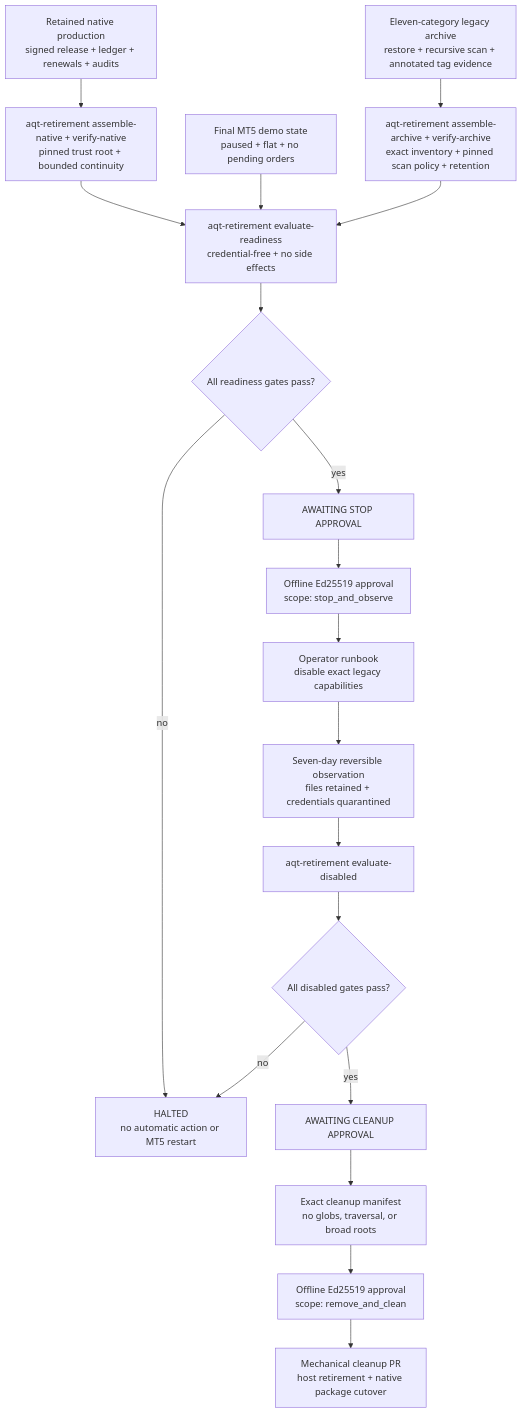
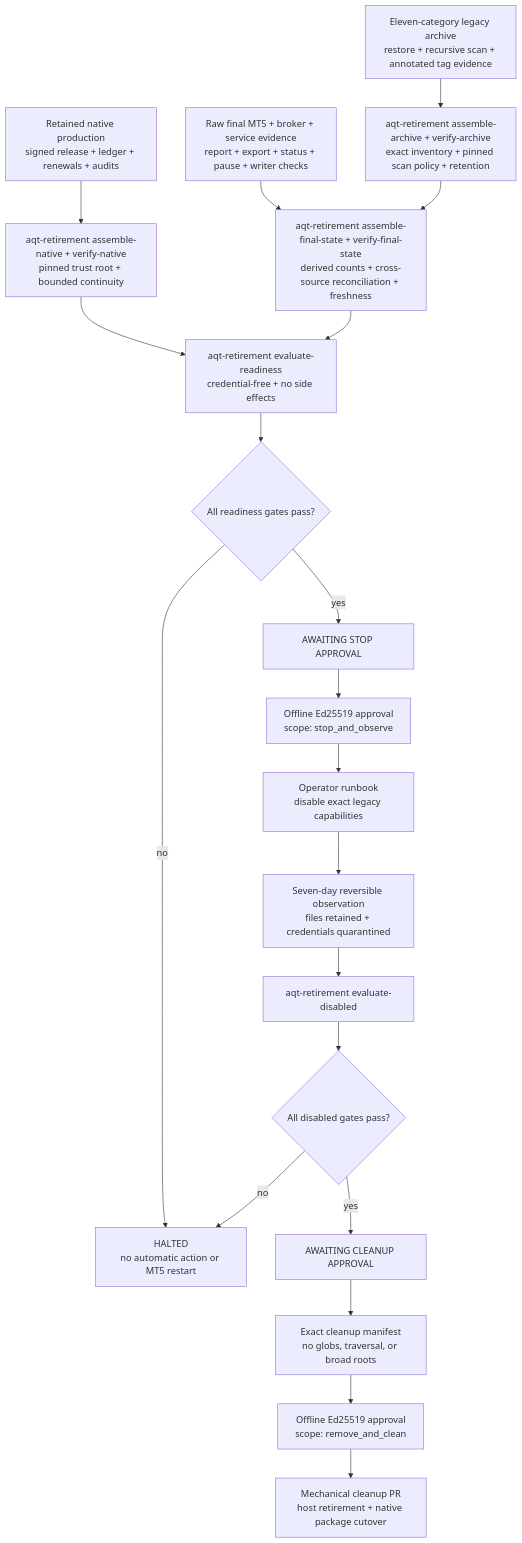
Before and after one commit to AegisFintech/AIQuantTrader: the diagram in docs/architecture/diagrams/phase-10-legacy-retirement.mmd, drawn with Mermaid. The commit also changed 26 other files, not shown here.

Commit message:
feat(native): assemble phase 10 final MT5 state

```diff
--- a/docs/architecture/diagrams/phase-10-legacy-retirement.mmd
+++ b/docs/architecture/diagrams/phase-10-legacy-retirement.mmd
@@ -1,38 +1,40 @@
 flowchart TD
     nativeRaw["Retained native production<br/>signed release + ledger + renewals + audits"]
     native["aqt-retirement assemble-native + verify-native<br/>pinned trust root + bounded continuity"]
-    legacy["Final MT5 demo state<br/>paused + flat + no pending orders"]
+    legacyRaw["Raw final MT5 + broker + service evidence<br/>report + export + status + pause + writer checks"]
     archiveRaw["Eleven-category legacy archive<br/>restore + recursive scan + annotated tag evidence"]
     archive["aqt-retirement assemble-archive + verify-archive<br/>exact inventory + pinned scan policy + retention"]
+    legacy["aqt-retirement assemble-final-state + verify-final-state<br/>derived counts + cross-source reconciliation + freshness"]
     readiness["aqt-retirement evaluate-readiness<br/>credential-free + no side effects"]
     stopReview{"All readiness gates pass?"}
     stopWait["AWAITING STOP APPROVAL"]
     stopSign["Offline Ed25519 approval<br/>scope: stop_and_observe"]
     disable["Operator runbook<br/>disable exact legacy capabilities"]
     observe["Seven-day reversible observation<br/>files retained + credentials quarantined"]
     disabled["aqt-retirement evaluate-disabled"]
     cleanReview{"All disabled gates pass?"}
     cleanWait["AWAITING CLEANUP APPROVAL"]
     manifest["Exact cleanup manifest<br/>no globs, traversal, or broad roots"]
     cleanSign["Offline Ed25519 approval<br/>scope: remove_and_clean"]
     cleanup["Mechanical cleanup PR<br/>host retirement + native package cutover"]
     halted["HALTED<br/>no automatic action or MT5 restart"]
 
     nativeRaw --> native
     native --> readiness
+    archiveRaw --> archive
+    archive --> legacy
+    legacyRaw --> legacy
     legacy --> readiness
-    archiveRaw --> archive
-    archive --> readiness
     readiness --> stopReview
     stopReview -- no --> halted
     stopReview -- yes --> stopWait
     stopWait --> stopSign
     stopSign --> disable
     disable --> observe
     observe --> disabled
     disabled --> cleanReview
     cleanReview -- no --> halted
     cleanReview -- yes --> cleanWait
     cleanWait --> manifest
     manifest --> cleanSign
     cleanSign --> cleanup
```
